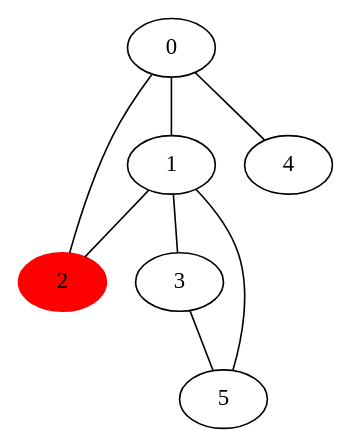
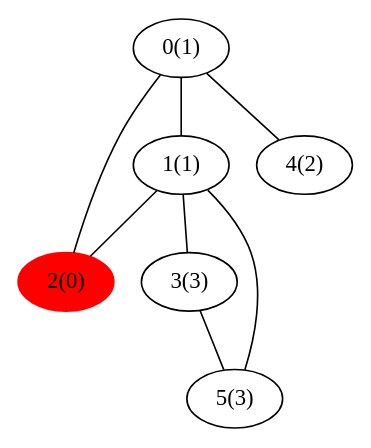
One commit to dryagindenisrus/ssanie-labi changed the diagram in 20/graph.dot. Above: the diagram before and after it, drawn with Graphviz. The commit also changed 2 other files, not shown here.

```diff
--- a/20/graph.dot
+++ b/20/graph.dot
@@ -1,1 +1,1 @@
-graph ER { 2 [shape=ellipse,style=filled,color=red];0 -- 1; 0 -- 2; 0 -- 4; 1 -- 2; 1 -- 3; 1 -- 5; 3 -- 5; }
+graph ER { "2(0)" [shape=ellipse,style=filled,color=red];"0(1)" -- "1(1)"; "0(1)" -- "2(0)"; "0(1)" -- "4(2)"; "1(1)" -- "2(0)"; "1(1)" -- "3(3)"; "1(1)" -- "5(3)"; "3(3)" -- "5(3)"; }
```
